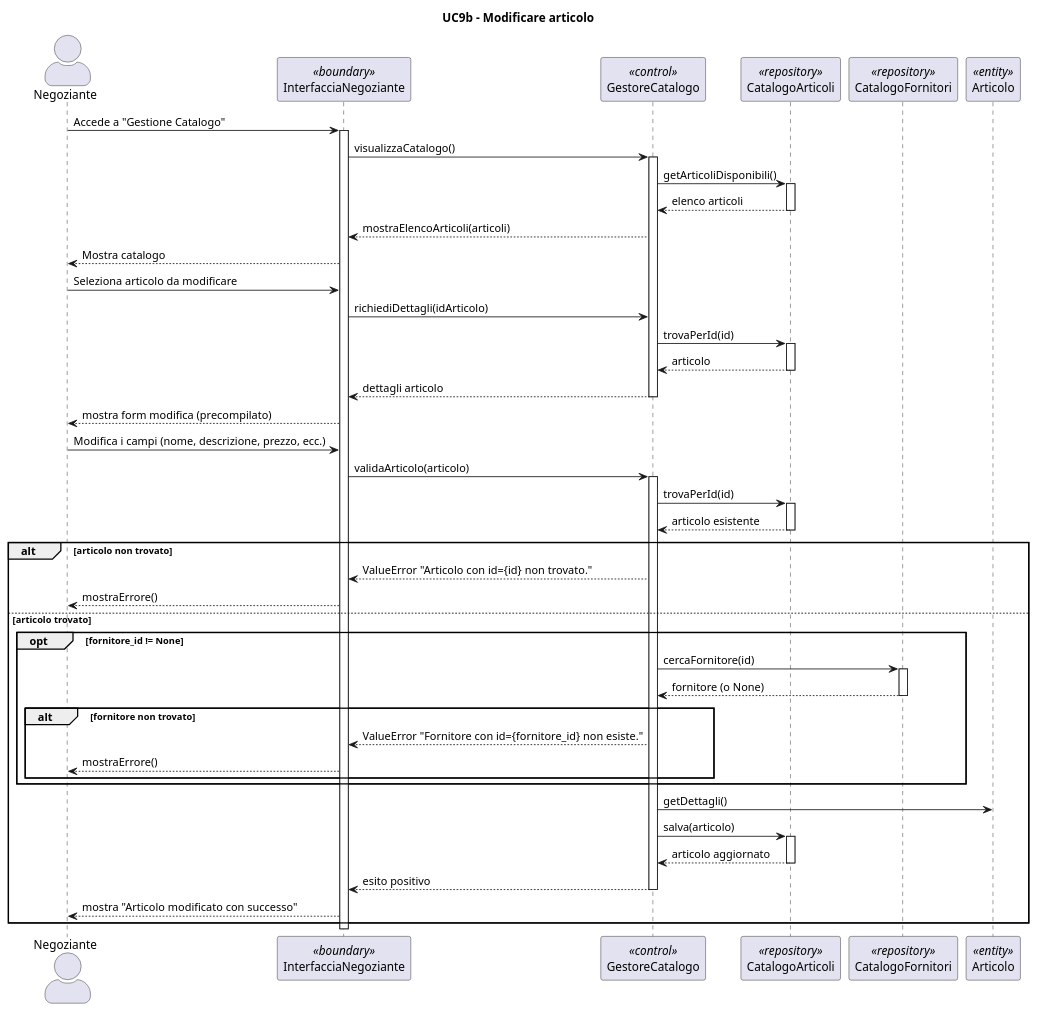
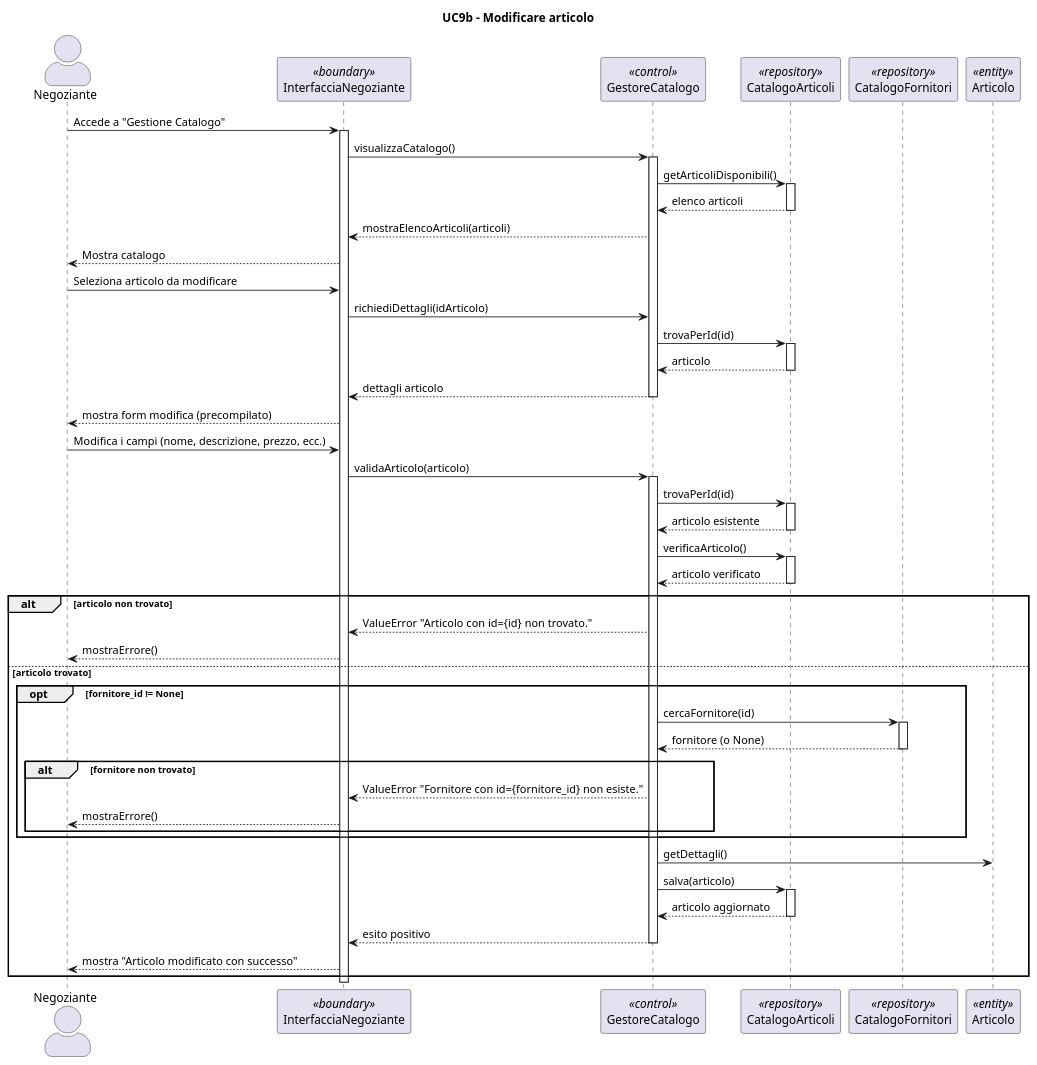
The diagram in diagrammiUML/diagrammi di sequenza/UC9b_Modificare_Articolo.puml (Samepsilon/FloWare), drawn with PlantUML before and after one commit. The commit also changed 11 other files, not shown here.

```diff
--- a/diagrammiUML/diagrammi di sequenza/UC9b_Modificare_Articolo.puml
+++ b/diagrammiUML/diagrammi di sequenza/UC9b_Modificare_Articolo.puml
@@ -1,71 +1,75 @@
 @startuml
 title UC9b - Modificare articolo
 skinparam actorStyle awesome
 
 actor "Negoziante" as N
 participant "InterfacciaNegoziante" as IN <<boundary>>
 participant "GestoreCatalogo" as GC <<control>>
 participant "CatalogoArticoli" as CA <<repository>>
 participant "CatalogoFornitori" as CF <<repository>>
 participant "Articolo" as A <<entity>>
 
 N -> IN: Accede a "Gestione Catalogo"
 activate IN
 IN -> GC: visualizzaCatalogo()
 activate GC
 GC -> CA: getArticoliDisponibili()
 activate CA
 CA --> GC: elenco articoli
 deactivate CA
 GC --> IN: mostraElencoArticoli(articoli)
 IN --> N: Mostra catalogo
 
 N -> IN: Seleziona articolo da modificare
 
 IN -> GC: richiediDettagli(idArticolo)
 GC -> CA: trovaPerId(id)
 activate CA
 CA --> GC: articolo
 deactivate CA
 GC --> IN: dettagli articolo
 deactivate GC
 IN --> N: mostra form modifica (precompilato)
 
 N -> IN: Modifica i campi (nome, descrizione, prezzo, ecc.)
 IN -> GC: validaArticolo(articolo)
 activate GC
 
 GC -> CA: trovaPerId(id)
 activate CA
 CA --> GC: articolo esistente
 deactivate CA
+GC -> CA: verificaArticolo()
+activate CA
+CA --> GC: articolo verificato
+deactivate CA
 
 alt articolo non trovato
     GC --> IN: ValueError "Articolo con id={id} non trovato."
     IN --> N: mostraErrore()
 else articolo trovato
     opt fornitore_id != None
         GC -> CF: cercaFornitore(id)
         activate CF
         CF --> GC: fornitore (o None)
         deactivate CF
 
         alt fornitore non trovato
             GC --> IN: ValueError "Fornitore con id={fornitore_id} non esiste."
             IN --> N: mostraErrore()
         end
     end
 
     GC -> A: getDettagli()
     GC -> CA: salva(articolo)
     activate CA
     CA --> GC: articolo aggiornato
     deactivate CA
 
     GC --> IN: esito positivo
     deactivate GC
     IN --> N: mostra "Articolo modificato con successo"
 end
 
 deactivate IN
 @enduml
```
